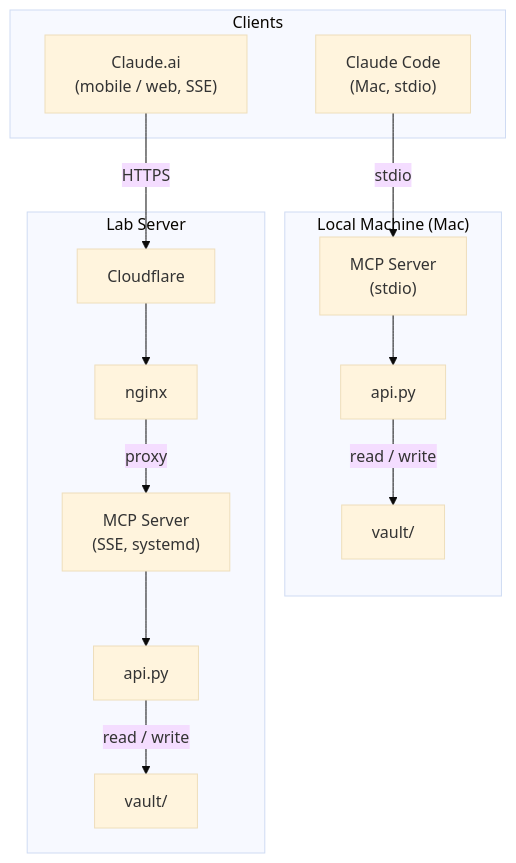
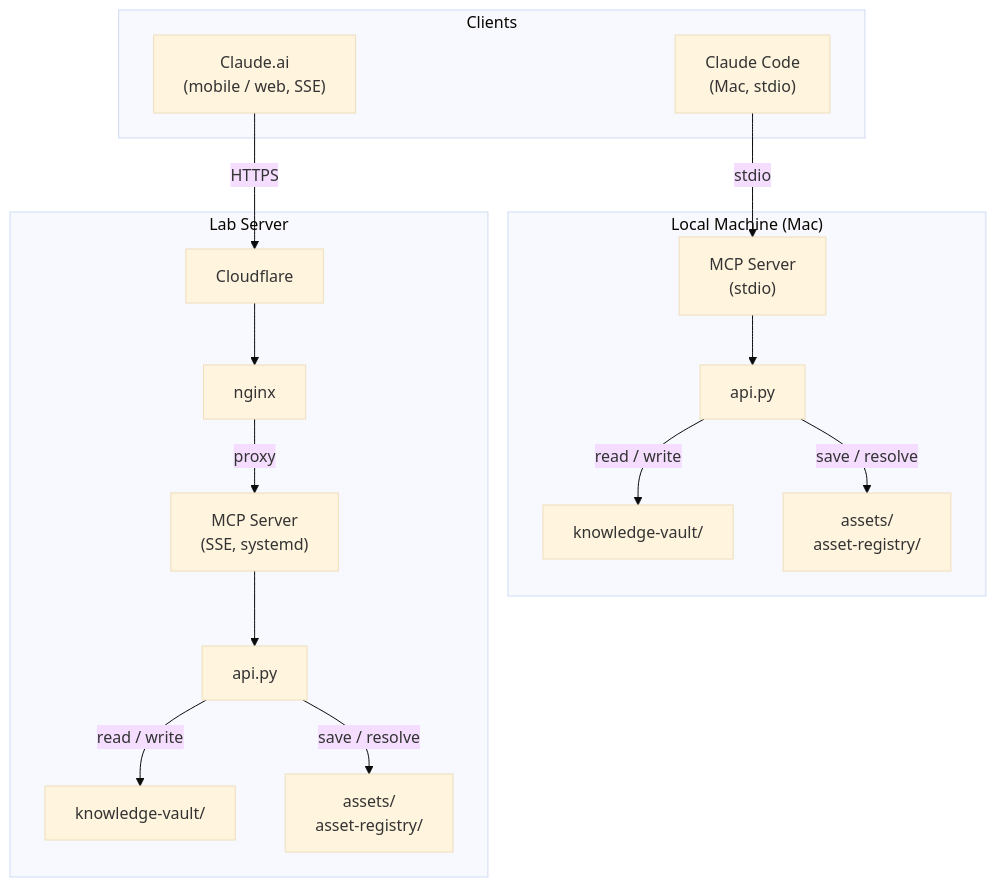
One commit to gked/loci changed the first of 2 diagrams in docs/diagrams.md. Above: the diagram before and after it, drawn with Mermaid (base theme). The commit also changed 9 other files, not shown here.

First line of the commit message:
Add asset registry and rename vault/ to knowledge-vault/

````diff
--- a/docs/diagrams.md
+++ b/docs/diagrams.md
@@ -7,31 +7,35 @@
 ```mermaid
 flowchart TD
     subgraph Clients
         CC["Claude Code\n(Mac, stdio)"]
         CAI["Claude.ai\n(mobile / web, SSE)"]
     end
 
     subgraph Local["Local Machine (Mac)"]
         MCP_L["MCP Server\n(stdio)"]
         API_L["api.py"]
-        V_L["vault/"]
+        V_L["knowledge-vault/"]
+        A_L["assets/\nasset-registry/"]
     end
 
     subgraph Server["Lab Server"]
         CF["Cloudflare"]
         NX["nginx"]
         MCP_R["MCP Server\n(SSE, systemd)"]
         API_R["api.py"]
-        V_R["vault/"]
+        V_R["knowledge-vault/"]
+        A_R["assets/\nasset-registry/"]
     end
 
     CC -->|"stdio"| MCP_L
     MCP_L --> API_L
     API_L -->|"read / write"| V_L
+    API_L -->|"save / resolve"| A_L
 
     CAI -->|"HTTPS"| CF
     CF --> NX
     NX -->|"proxy"| MCP_R
     MCP_R --> API_R
     API_R -->|"read / write"| V_R
+    API_R -->|"save / resolve"| A_R
 ```
````
